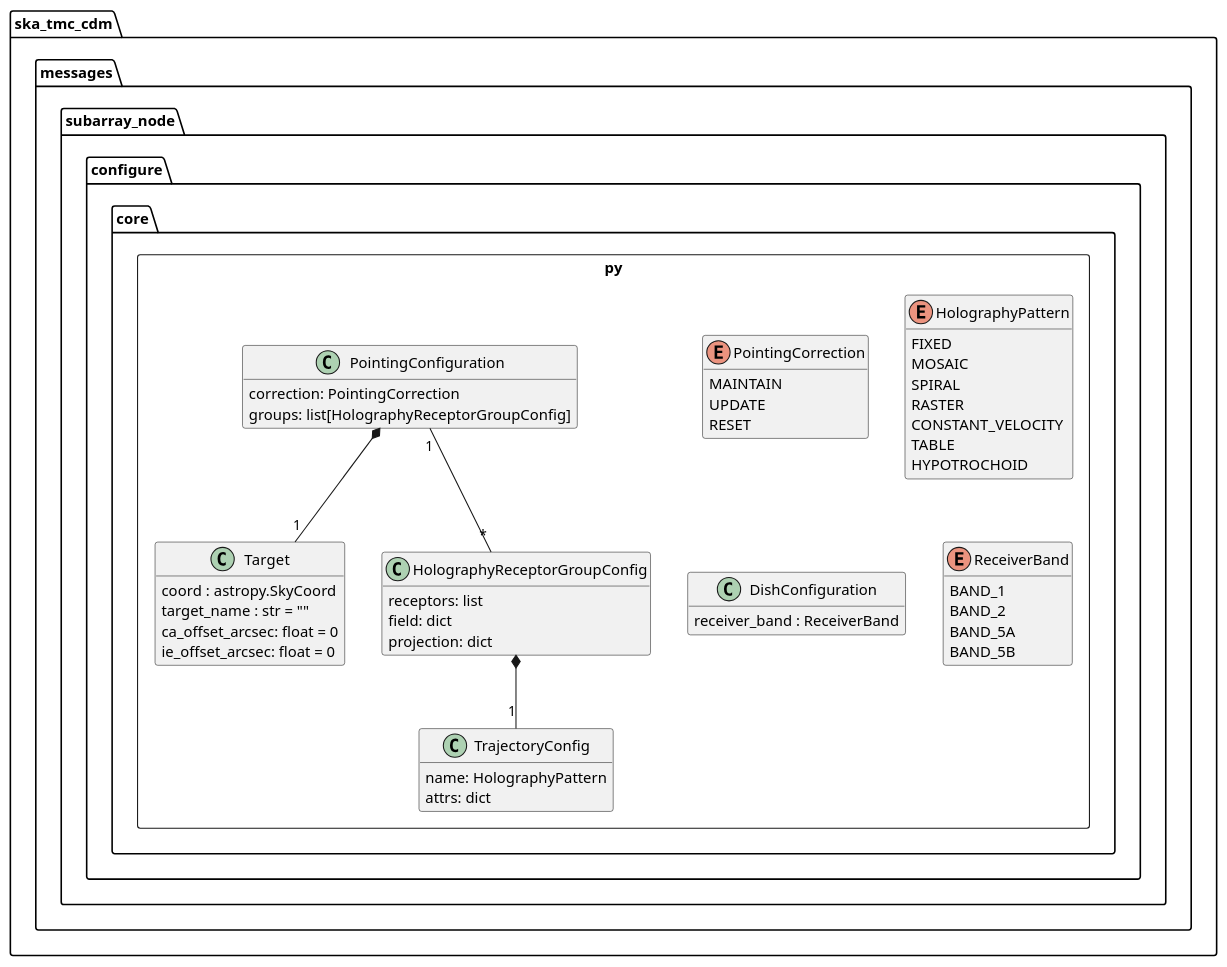
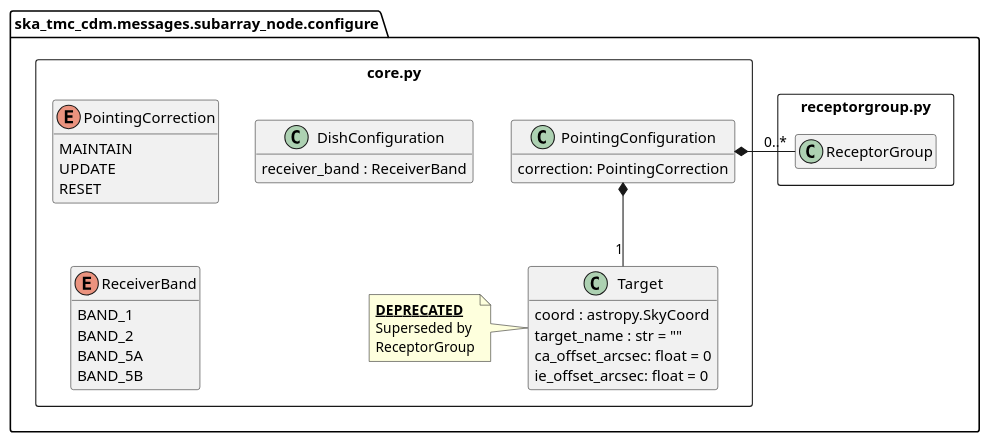
The diagram in docs/src/developer/subarraynode/core.puml (ska-telescope/cdm-shared-library), drawn with PlantUML before and after one commit. The commit also changed 17 other files, not shown here.

First line of the commit message:
BTN-2460: update documentation for SubArrayNode.Configure.

```diff
--- a/docs/src/developer/subarraynode/core.puml
+++ b/docs/src/developer/subarraynode/core.puml
@@ -1,67 +1,51 @@
 @startuml
 hide empty members
 
-package ska_tmc_cdm.messages.subarray_node.configure {
+package "ska_tmc_cdm.messages.subarray_node.configure" as base {
 
-	package core.py <<Rectangle>> {
+	package "receptorgroup.py" as _receptorgroup <<Rectangle>> {
+        class ReceptorGroup {}
+    }
+
+	package "core.py" as _core <<Rectangle>> {
 
 		class Target {
 			coord : astropy.SkyCoord
 			target_name : str = ""
 			ca_offset_arcsec: float = 0
 			ie_offset_arcsec: float = 0
 		}
+        note left of Target
+        <u>**DEPRECATED**</u>
+        Superseded by
+        ReceptorGroup
+        end note
 
 		enum PointingCorrection {
 			MAINTAIN
 			UPDATE
 			RESET
 		}
 
-		class HolographyReceptorGroupConfig {
-		    receptors: list
-		    field: dict
-		    projection: dict
-		}
-
-		enum HolographyPattern {
-		    FIXED
-		    MOSAIC
-		    SPIRAL
-		    RASTER
-		    CONSTANT_VELOCITY
-		    TABLE
-		    HYPOTROCHOID
-		}
-
-		class TrajectoryConfig {
-		    name: HolographyPattern
-		    attrs: dict
-		}
-
 		class PointingConfiguration {
 			correction: PointingCorrection
-			groups: list[HolographyReceptorGroupConfig]
 		}
-		
 		PointingConfiguration *-- "1" Target
-		PointingConfiguration "1"-- "*" HolographyReceptorGroupConfig
-
-		HolographyReceptorGroupConfig *-- "1" TrajectoryConfig
+		PointingConfiguration *- "0..*" ReceptorGroup
 
 		class DishConfiguration {
 			receiver_band : ReceiverBand
 		}
 
 		enum ReceiverBand {
 			BAND_1
 			BAND_2
 			BAND_5A
 			BAND_5B
 		}
 
 	}
 
 }
 
 @enduml
```
